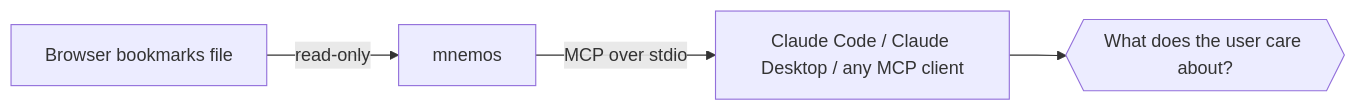
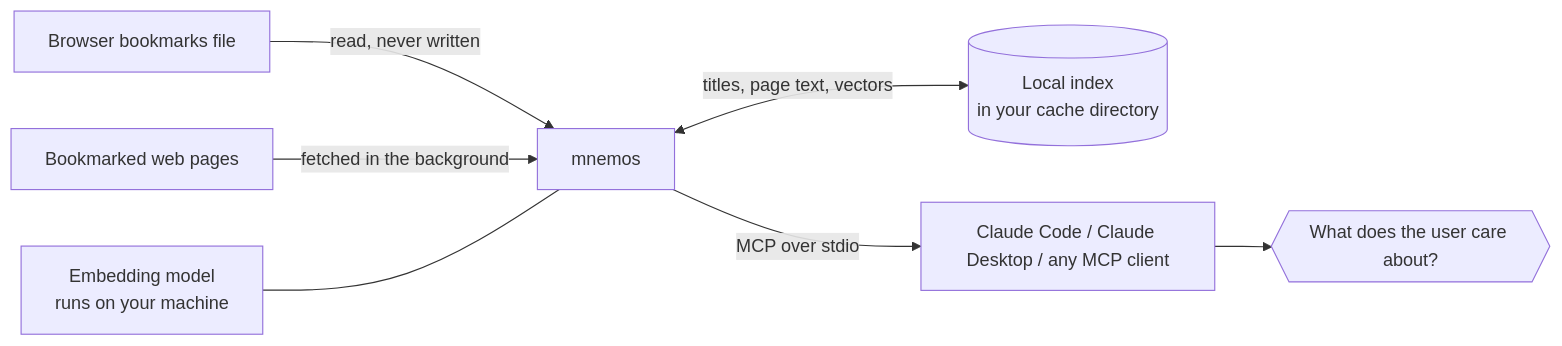
The diagram in README.md (noesis-sol/mnemos), drawn with Mermaid before and after one commit. The commit also changed other lines of this file and 2 other files, not shown here.

First line of the commit message:
mnemos-tc4.11: document semantic search, page fetching, the cache and every env var

````diff
--- a/README.md
+++ b/README.md
@@ -36,6 +38,9 @@
 ```mermaid
 flowchart LR
-    A[Browser bookmarks file] -->|read-only| B[mnemos]
+    A[Browser bookmarks file] -->|read, never written| B[mnemos]
+    W[Bookmarked web pages] -->|fetched in the background| B
+    B <-->|titles, page text, vectors| I[(Local index<br/>in your cache directory)]
+    E[Embedding model<br/>runs on your machine] --- B
     B -->|MCP over stdio| C[Claude Code / Claude Desktop / any MCP client]
     C --> D{{"What does the user care about?"}}
 ```
````
